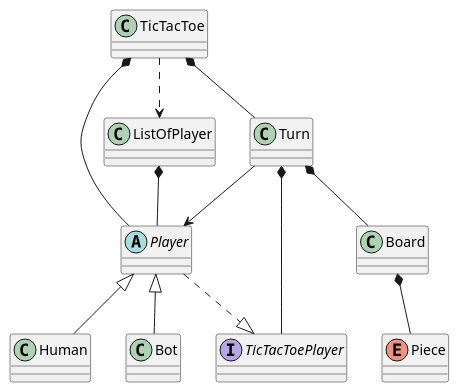
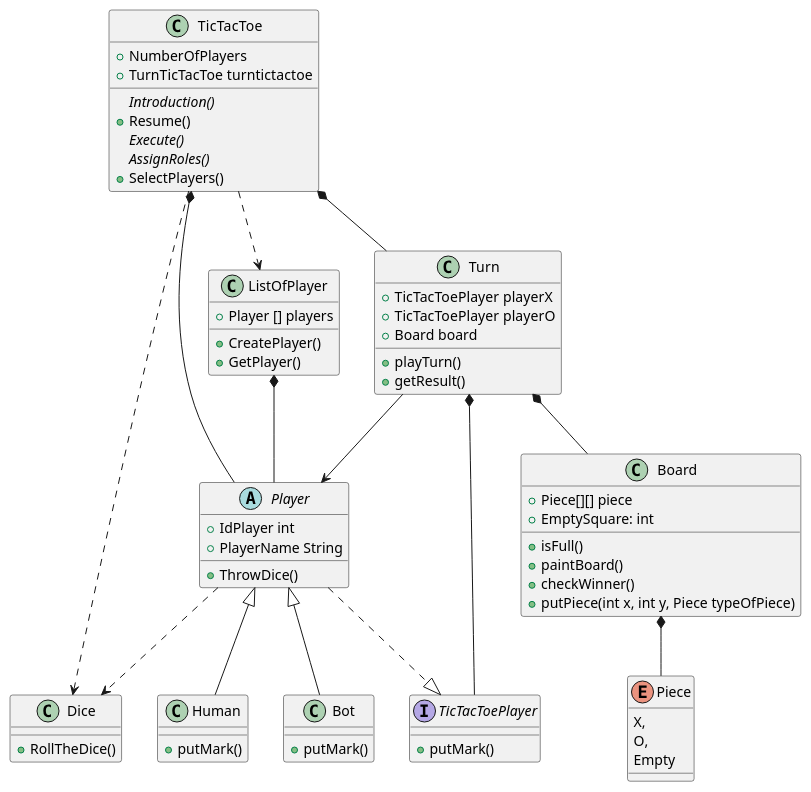
Before and after one commit to Gabs16TL/Games_Platform: the diagram in diagrams/ClassDiagramTicTacToe.wsd, drawn with PlantUML.

Commit message:
Corrigiendo diagrama de clases TicTacToe

```diff
--- a/diagrams/ClassDiagramTicTacToe.wsd
+++ b/diagrams/ClassDiagramTicTacToe.wsd
@@ -1,27 +1,79 @@
 @startuml Tictactoe
 
-class TicTacToe
-interface TicTacToePlayer
-abstract class Player
-class Turn
-class Board
+class TicTacToe {
+     +NumberOfPlayers
+    +TurnTicTacToe turntictactoe
+    {abstract}Introduction()
+    +Resume()
+    {abstract}Execute()
+    {abstract}AssignRoles()
+    +SelectPlayers()
+    
+}
 
-Enum Piece
-Class ListOfPlayer
-Class Human
-Class Bot
+interface TicTacToePlayer {
+    +putMark()
+}
+
+class Dice {
+    +RollTheDice()
+}
+
+abstract class Player {
+    +IdPlayer int
+    +PlayerName String
+    +ThrowDice()
+}
+
+class Turn {
+    +TicTacToePlayer playerX
+    +TicTacToePlayer playerO
+    +Board board
+    +playTurn()
+    +getResult()
+}
+class Board {
+    +Piece[][] piece
+    +EmptySquare: int
+    +isFull()
+    +paintBoard()
+    +checkWinner()
+    +putPiece(int x, int y, Piece typeOfPiece)
+}
+
+Enum Piece {
+   X,
+   O,
+   Empty
+}
+
+Class ListOfPlayer {
+    +Player [] players
+    +CreatePlayer()
+    +GetPlayer()
+}
+
+Class Human {
+    +putMark()
+}
+
+Class Bot {
+  +putMark()
+}
 
 
 TicTacToe *-- Turn
 Turn *-- TicTacToePlayer
 TicTacToe *-- Player
 Board *-- Piece
 TicTacToe ..> ListOfPlayer
 ListOfPlayer *-- Player
 Turn *-- Board
 Player ..|> TicTacToePlayer
 Player <|-- Human
 Player <|-- Bot
 Turn --> Player
+TicTacToe ..> Dice
+Player ..> Dice
 
 @enduml
```
